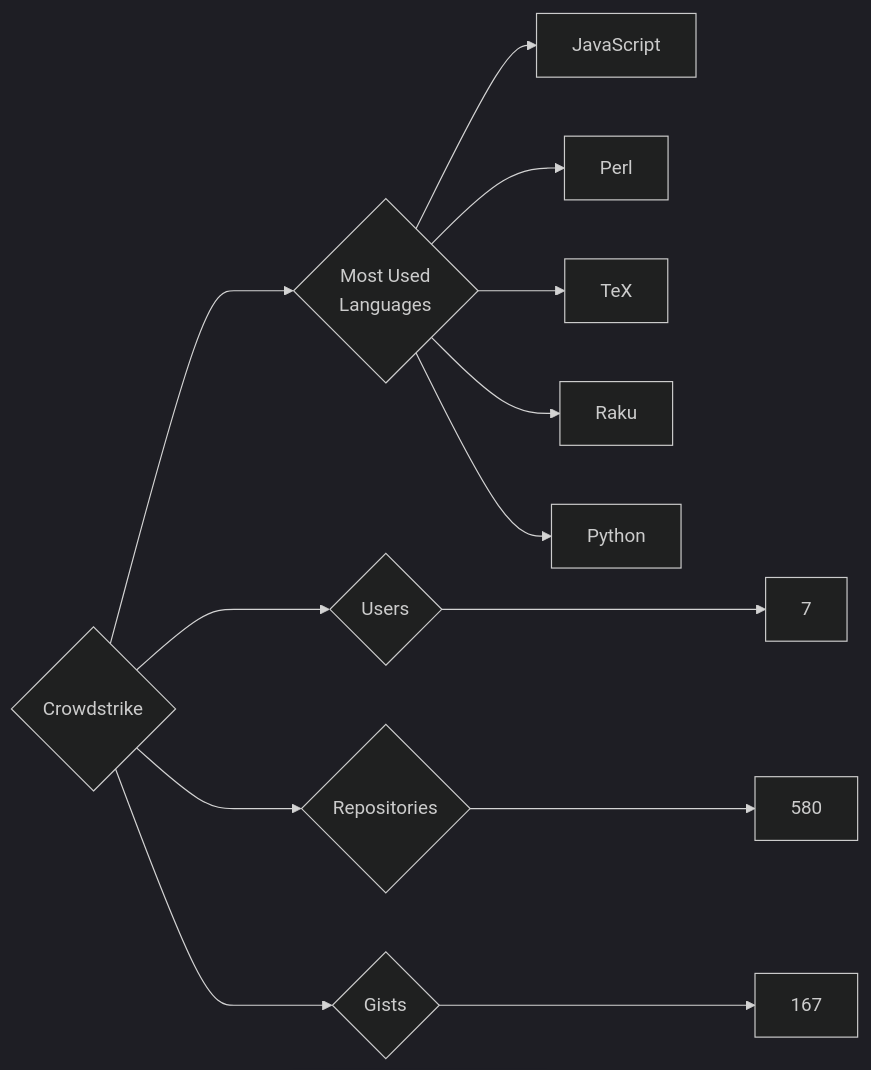
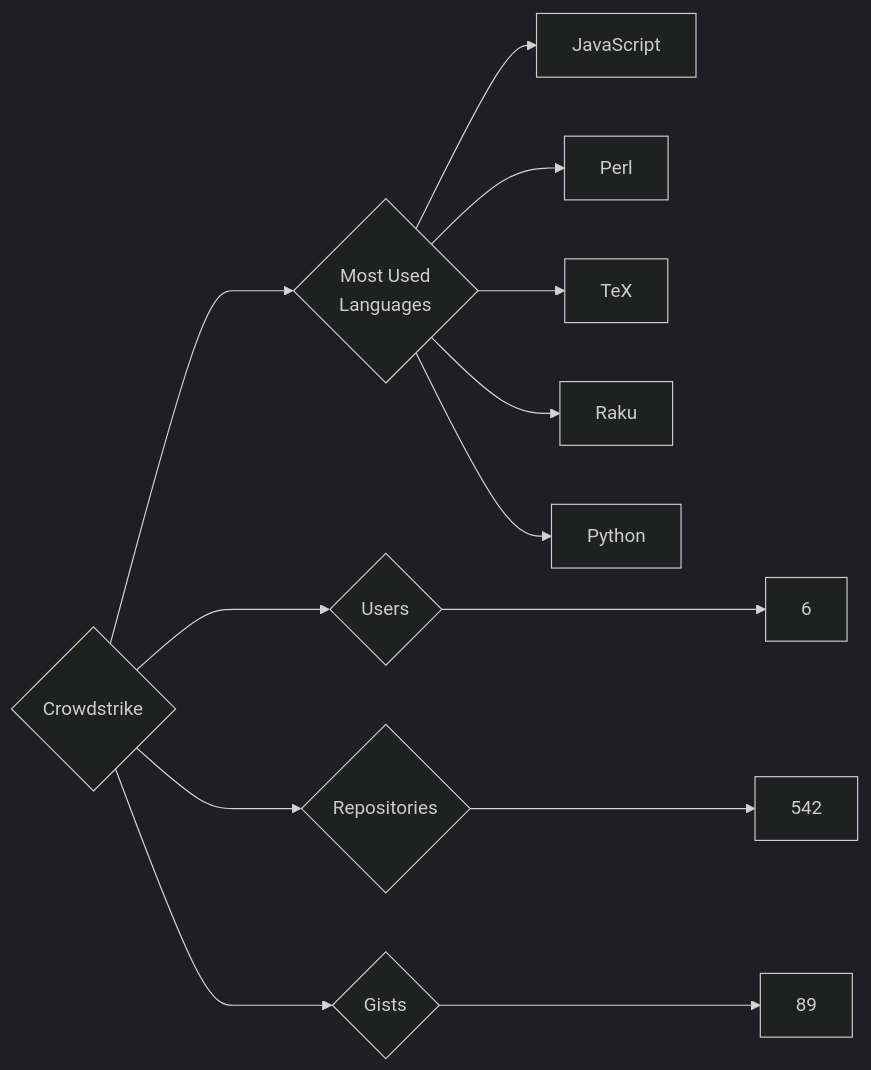
One commit to trickest/insiders changed the diagram in targets/Crowdstrike/README.md. Above: the diagram before and after it, drawn with Mermaid (dark theme). The commit also changed 724 other files, not shown here.

````diff
--- a/targets/Crowdstrike/README.md
+++ b/targets/Crowdstrike/README.md
@@ -3,13 +3,13 @@
 ```mermaid
 graph LR
 COMPANY_NAME{Crowdstrike}
-COMPANY_NAME ---> U{Users} ---> UN[7]
-COMPANY_NAME ---> R{Repositories} ---> RN[580]
-COMPANY_NAME ---> G{Gists} ---> GN[167]
+COMPANY_NAME ---> U{Users} ---> UN[6]
+COMPANY_NAME ---> R{Repositories} ---> RN[542]
+COMPANY_NAME ---> G{Gists} ---> GN[89]
 COMPANY_NAME ---> ML{Most Used<br>Languages}
 ML --> JavaScript[JavaScript]
 ML --> Perl[Perl]
 ML --> TeX[TeX]
 ML --> Raku[Raku]
 ML --> Python[Python]
 ```
````
